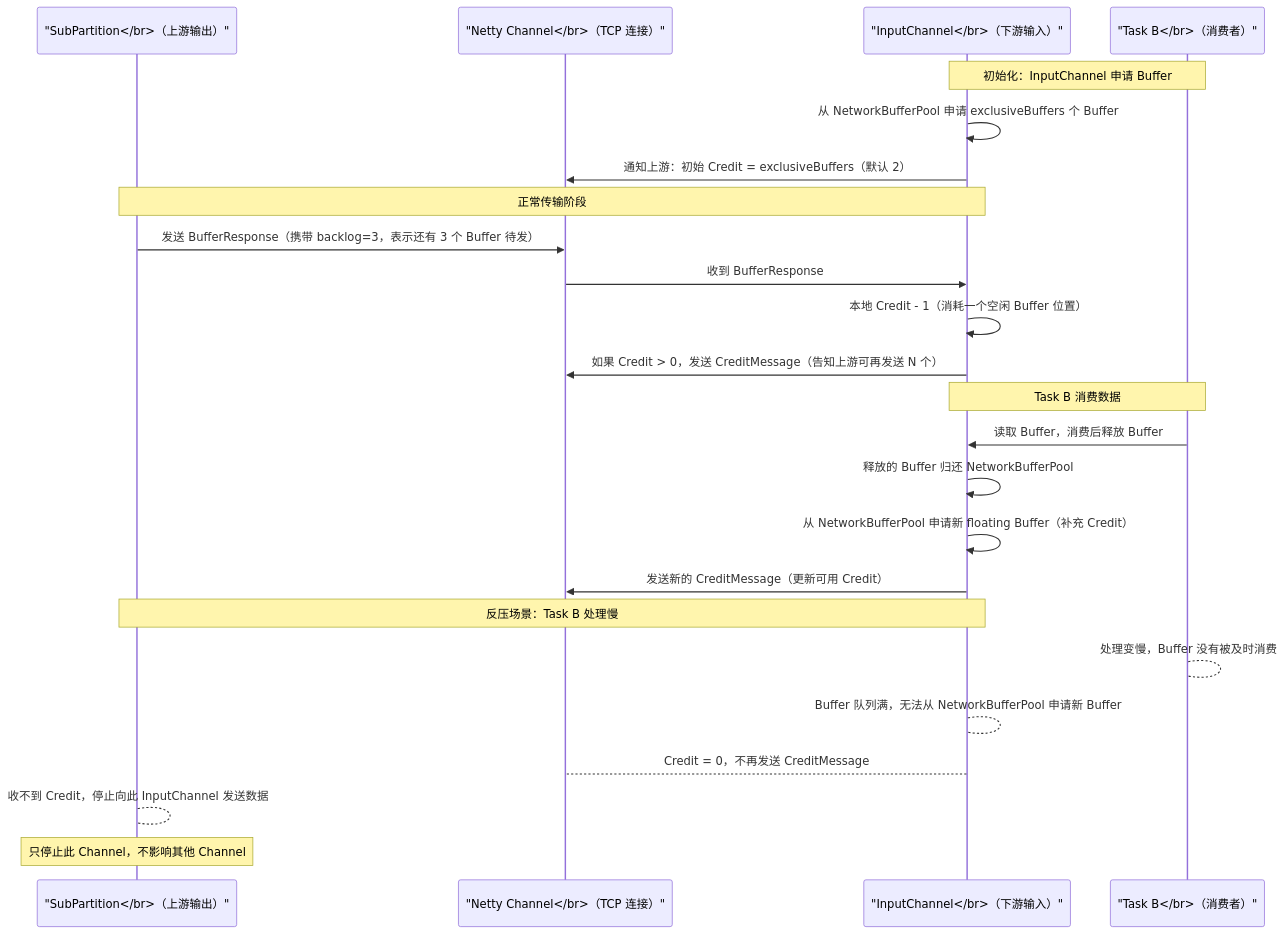
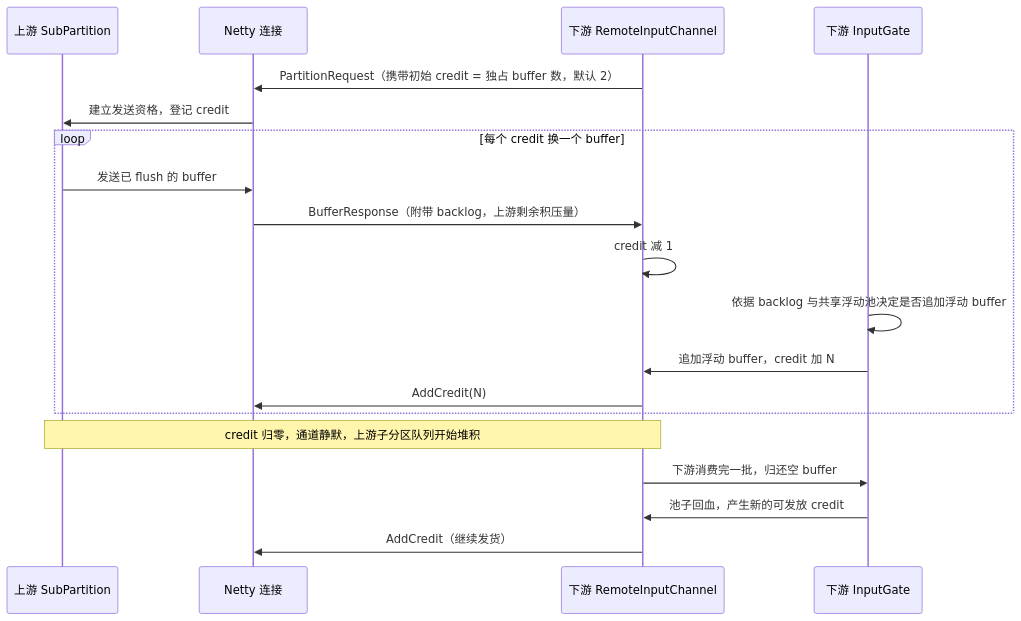
Before and after one commit to hpliStartAgain/my-brain: the third of 5 diagrams in content/大数据/Flink/Flink原理深度解析与性能优化/04 Flink 网络传输与反压机制深度解析.md, drawn with Mermaid. The commit also changed other lines of this file and 455 other files, not shown here.

````diff
--- a/content/大数据/Flink/Flink原理深度解析与性能优化/04 Flink 网络传输与反压机制深度解析.md
+++ b/content/大数据/Flink/Flink原理深度解析与性能优化/04 Flink 网络传输与反压机制深度解析.md
@@ -134,31 +194,23 @@
 ```mermaid
 %%{init: {'theme': 'dracula'}}%%
 sequenceDiagram
-    participant SP as "SubPartition</br>（上游输出）"
-    participant NET as "Netty Channel</br>（TCP 连接）"
-    participant IC as "InputChannel</br>（下游输入）"
-    participant TB as "Task B</br>（消费者）"
+    participant SUB as 上游 SubPartition
+    participant NET as Netty 连接
+    participant RIC as 下游 RemoteInputChannel
+    participant IG as 下游 InputGate
 
-    Note over IC,TB: 初始化：InputChannel 申请 Buffer
-    IC->>IC: 从 NetworkBufferPool 申请 exclusiveBuffers 个 Buffer
-    IC->>NET: 通知上游：初始 Credit = exclusiveBuffers（默认 2）
-
-    Note over SP,IC: 正常传输阶段
-    SP->>NET: 发送 BufferResponse（携带 backlog=3，表示还有 3 个 Buffer 待发）
-    NET->>IC: 收到 BufferResponse
-    IC->>IC: 本地 Credit - 1（消耗一个空闲 Buffer 位置）
-    IC->>NET: 如果 Credit > 0，发送 CreditMessage（告知上游可再发送 N 个）
-
-    Note over IC,TB: Task B 消费数据
-    TB->>IC: 读取 Buffer，消费后释放 Buffer
-    IC->>IC: 释放的 Buffer 归还 NetworkBufferPool
-    IC->>IC: 从 NetworkBufferPool 申请新 floating Buffer（补充 Credit）
-    IC->>NET: 发送新的 CreditMessage（更新可用 Credit）
-
-    Note over SP,IC: 反压场景：Task B 处理慢
-    TB-->TB: 处理变慢，Buffer 没有被及时消费
-    IC-->IC: Buffer 队列满，无法从 NetworkBufferPool 申请新 Buffer
-    IC-->NET: Credit = 0，不再发送 CreditMessage
-    SP-->SP: 收不到 Credit，停止向此 InputChannel 发送数据
-    Note over SP: 只停止此 Channel，不影响其他 Channel
+    RIC->>NET: PartitionRequest（携带初始 credit = 独占 buffer 数，默认 2）
+    NET->>SUB: 建立发送资格，登记 credit
+    loop 每个 credit 换一个 buffer
+        SUB->>NET: 发送已 flush 的 buffer
+        NET->>RIC: BufferResponse（附带 backlog，上游剩余积压量）
+        RIC->>RIC: credit 减 1
+        IG->>IG: 依据 backlog 与共享浮动池决定是否追加浮动 buffer
+        IG->>RIC: 追加浮动 buffer，credit 加 N
+        RIC->>NET: AddCredit(N)
+    end
+    Note over SUB,RIC: credit 归零，通道静默，上游子分区队列开始堆积
+    RIC->>IG: 下游消费完一批，归还空 buffer
+    IG->>RIC: 池子回血，产生新的可发放 credit
+    RIC->>NET: AddCredit（继续发货）
 ```
````
